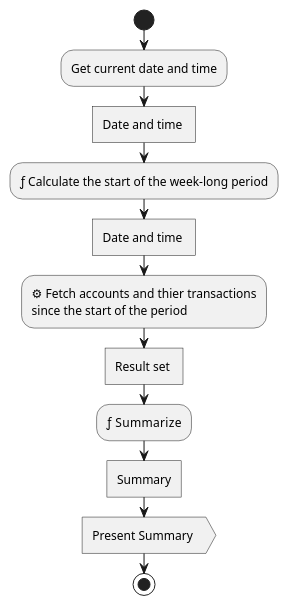
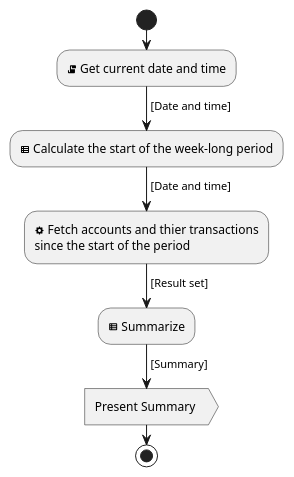
Before and after one commit to hristo-stefanov/MiniBankingDemo: the diagram in diagrams/Present Accounts and RoundUps Summary.puml, drawn with PlantUML. The commit also changed 1 other file, not shown here.

Commit message:
Refine the activity diagrams

```diff
--- a/diagrams/Present Accounts and RoundUps Summary.puml
+++ b/diagrams/Present Accounts and RoundUps Summary.puml
@@ -1,21 +1,21 @@
 @startuml
 'https://plantuml.com/activity-diagram-beta
 
 |app|
 start
-:Get current date and time;
-:Date and time ]
+:<&script> Get current date and time;
+-> [Date and time];
 '<<businessRule>>
-:ƒ Calculate the start of the week-long period;
-:Date and time ]
+:<&spreadsheet> Calculate the start of the week-long period;
+-> [Date and time];
 '<<serviceCall>>
-:⚙ Fetch accounts and thier transactions
+:<&cog> Fetch accounts and thier transactions
 since the start of the period;
-:Result set ]
+-> [Result set];
 '<<businessRule>>
-:ƒ  Summarize;
-:Summary]
+:<&spreadsheet> Summarize;
+-> [Summary];
 :Present Summary >
 stop
 
 @enduml
```
